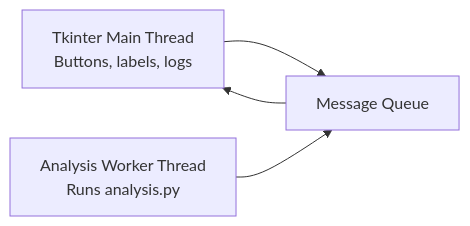
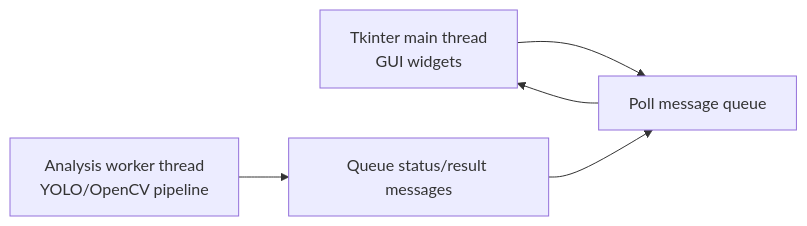
Before and after one commit to CoulterRolph/Capstone_Opencv: the second of 2 diagrams in jetson/docs/analysis_pipeline.md, drawn with Mermaid. The commit also changed other lines of this file and 4 other files, not shown here.

````diff
--- a/jetson/docs/analysis_pipeline.md
+++ b/jetson/docs/analysis_pipeline.md
@@ -173,6 +250,7 @@
 ```mermaid
 flowchart LR
-    TkinterThread[Tkinter Main Thread<br/>Buttons, labels, logs] --> Queue[Message Queue]
-    WorkerThread[Analysis Worker Thread<br/>Runs analysis.py] --> Queue
-    Queue --> TkinterThread
+    Tkinter[Tkinter main thread<br/>GUI widgets] --> Poll[Poll message queue]
+    Worker[Analysis worker thread<br/>YOLO/OpenCV pipeline] --> Queue[Queue status/result messages]
+    Queue --> Poll
+    Poll --> Tkinter
 ```
````
